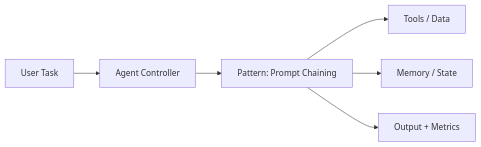
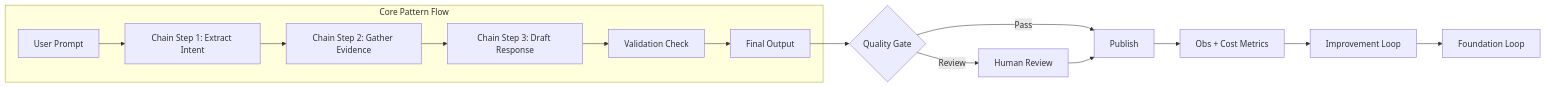
Before and after one commit to vivekreeves/agentic-design-patterns-lab: the diagram in notebooks/level_01_agent_foundations/01_prompt_chaining_architecture.md, drawn with Mermaid. The commit also changed 71 other files, not shown here.

````diff
--- a/notebooks/level_01_agent_foundations/01_prompt_chaining_architecture.md
+++ b/notebooks/level_01_agent_foundations/01_prompt_chaining_architecture.md
@@ -5,8 +5,17 @@
 ```mermaid
 flowchart LR
-  Q[User Task] --> A[Agent Controller]
-  A --> P[Pattern: Prompt Chaining]
-  P --> T[Tools / Data]
-  P --> M[Memory / State]
-  P --> O[Output + Metrics]
+  subgraph CoreFlow[Core Pattern Flow]
+    U[User Prompt] --> C1[Chain Step 1: Extract Intent]
+    C1 --> C2[Chain Step 2: Gather Evidence]
+    C2 --> C3[Chain Step 3: Draft Response]
+    C3 --> V[Validation Check]
+    V --> O[Final Output]
+  end
+  O --> QG{Quality Gate}
+  QG -->|Pass| PUB[Publish]
+  QG -->|Review| HREV[Human Review]
+  HREV --> PUB
+  PUB --> OBS[Obs + Cost Metrics]
+  OBS --> LOOP[Improvement Loop]
+  LOOP --> L1[Foundation Loop]
 ```
````
